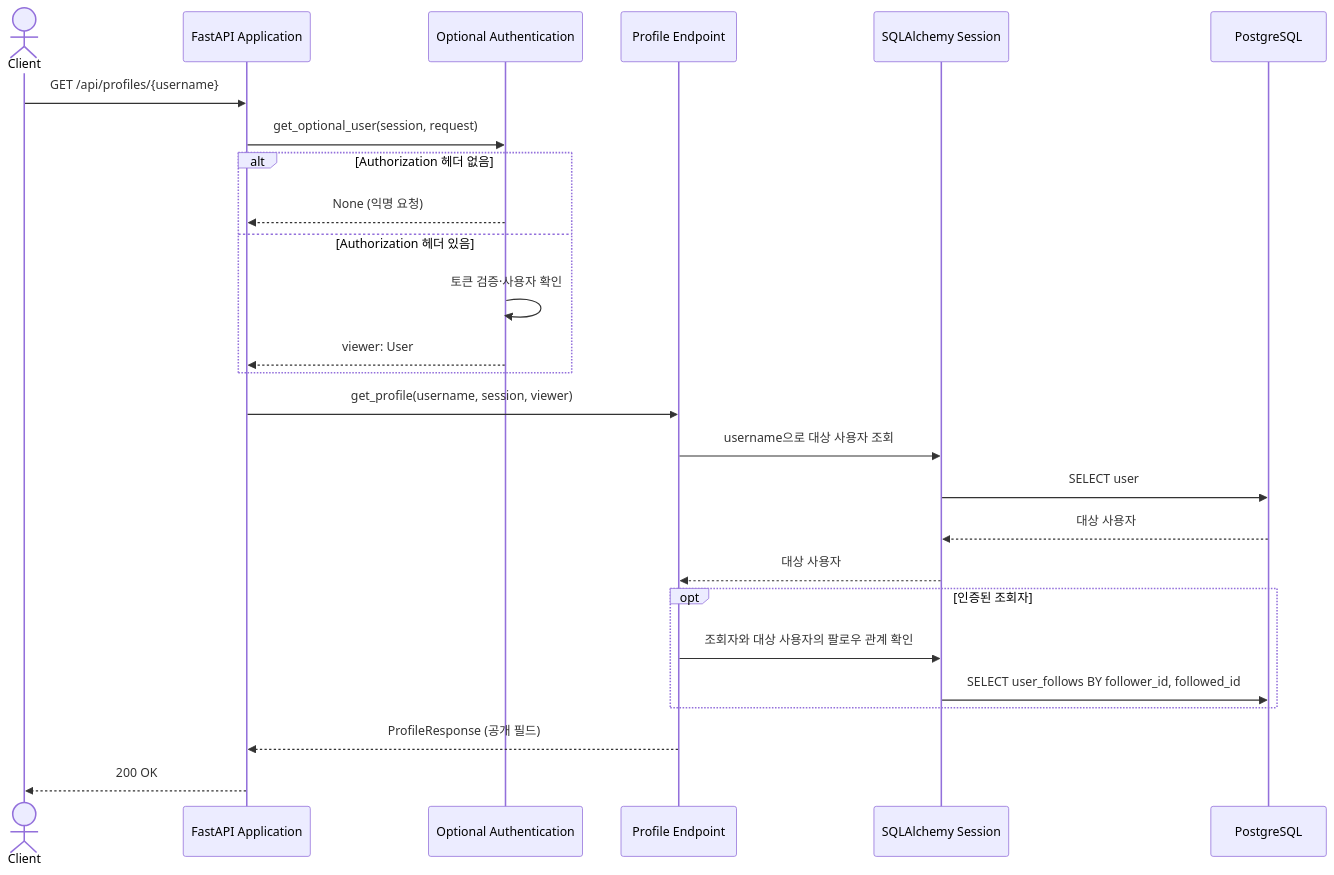
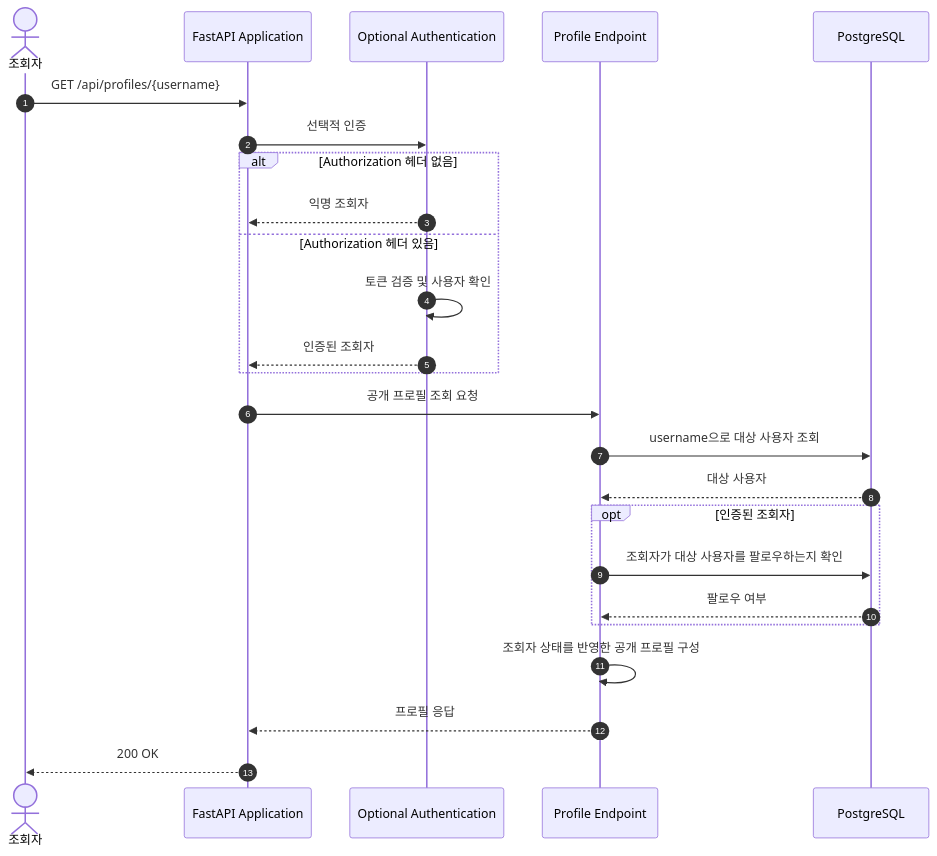
One commit to chahoseong/realworld-fastapi-backend changed the diagram in docs/architecture/flows/public-profile.md. Above: the diagram before and after it, drawn with Mermaid. The commit also changed other lines of this file and 11 other files, not shown here.

Commit message:
Refactor documentation for user flows: update component responsibilities, runtime views, and scenarios for comment, favorite, follow, public profile, user login, registration, retrieval, and update processes.

````diff
--- a/docs/architecture/flows/public-profile.md
+++ b/docs/architecture/flows/public-profile.md
@@ -22,29 +26,28 @@
 ```mermaid
 sequenceDiagram
-    actor Client
+    autonumber
+    actor Client as 조회자
     participant App as FastAPI Application
     participant Auth as Optional Authentication
     participant Endpoint as Profile Endpoint
-    participant Session as SQLAlchemy Session
-    participant Database as PostgreSQL
+    participant DB as PostgreSQL
 
     Client->>App: GET /api/profiles/{username}
-    App->>Auth: get_optional_user(session, request)
+    App->>Auth: 선택적 인증
     alt Authorization 헤더 없음
-        Auth-->>App: None (익명 요청)
+        Auth-->>App: 익명 조회자
     else Authorization 헤더 있음
-        Auth->>Auth: 토큰 검증·사용자 확인
-        Auth-->>App: viewer: User
+        Auth->>Auth: 토큰 검증 및 사용자 확인
+        Auth-->>App: 인증된 조회자
     end
-    App->>Endpoint: get_profile(username, session, viewer)
-    Endpoint->>Session: username으로 대상 사용자 조회
-    Session->>Database: SELECT user
-    Database-->>Session: 대상 사용자
-    Session-->>Endpoint: 대상 사용자
+    App->>Endpoint: 공개 프로필 조회 요청
+    Endpoint->>DB: username으로 대상 사용자 조회
+    DB-->>Endpoint: 대상 사용자
     opt 인증된 조회자
-        Endpoint->>Session: 조회자와 대상 사용자의 팔로우 관계 확인
-        Session->>Database: SELECT user_follows BY follower_id, followed_id
+        Endpoint->>DB: 조회자가 대상 사용자를 팔로우하는지 확인
+        DB-->>Endpoint: 팔로우 여부
     end
-    Endpoint-->>App: ProfileResponse (공개 필드)
+    Endpoint->>Endpoint: 조회자 상태를 반영한 공개 프로필 구성
+    Endpoint-->>App: 프로필 응답
     App-->>Client: 200 OK
 ```
````
